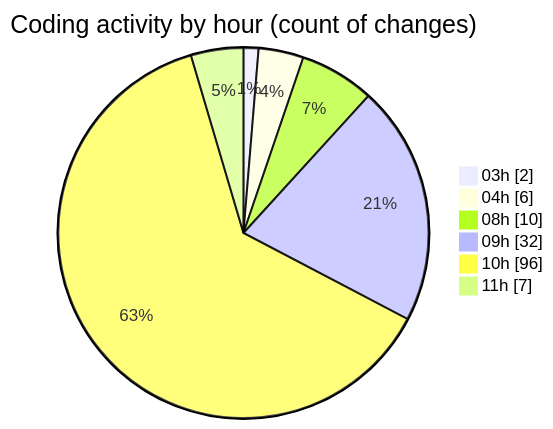
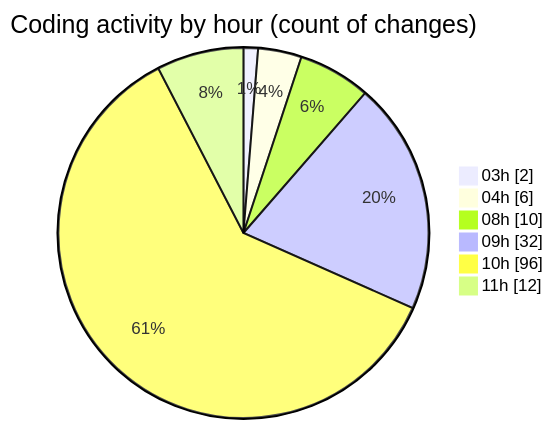
The second of 2 diagrams in 2026-02-07/singularitybrainai/README.md (tmsrecording-cyber/code-tracking), drawn with Mermaid before and after one commit. The commit also changed other lines of this file and 1 other file, not shown here.

````diff
--- a/2026-02-07/singularitybrainai/README.md
+++ b/2026-02-07/singularitybrainai/README.md
@@ -49,10 +49,10 @@
 ```mermaid
 pie showData
 title Coding activity by hour (count of changes)
 "03h" : 2
 "04h" : 6
 "08h" : 10
 "09h" : 32
 "10h" : 96
-"11h" : 7
+"11h" : 12
 ```
````
